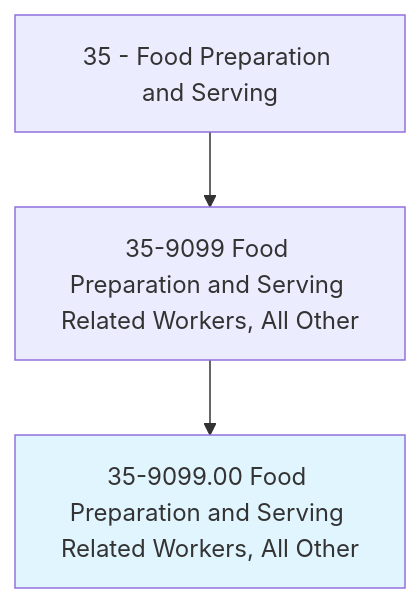
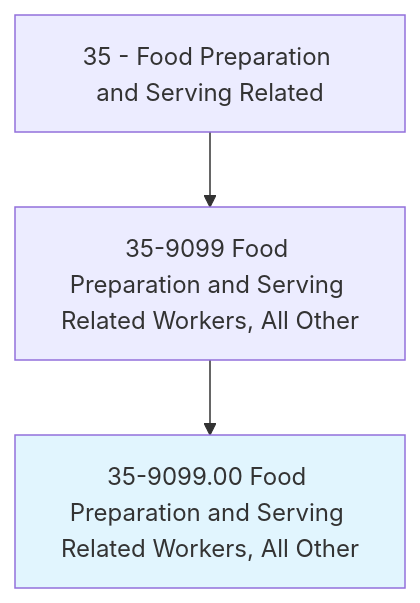
One commit to kziemski/business.org.ai changed the first of 4 diagrams in occupations/FoodService/FoodPreparationAndServingRelatedWorkers.mdx. Above: the diagram before and after it, drawn with Mermaid. The commit also changed other lines of this file and 938 other files, not shown here.

````diff
--- a/occupations/FoodService/FoodPreparationAndServingRelatedWorkers.mdx
+++ b/occupations/FoodService/FoodPreparationAndServingRelatedWorkers.mdx
@@ -19,6 +23,6 @@
 ```mermaid
 graph TD
-    Cat35["35 - Food Preparation and Serving"] --> Group359099["35-9099 Food Preparation and Serving Related Workers, All Other"]
+    Cat35["35 - Food Preparation and Serving Related"] --> Group359099["35-9099 Food Preparation and Serving Related Workers, All Other"]
     Group359099 --> Current["35-9099.00 Food Preparation and Serving Related Workers, All Other"]
     style Current fill:#e1f5fe
 ```
````
